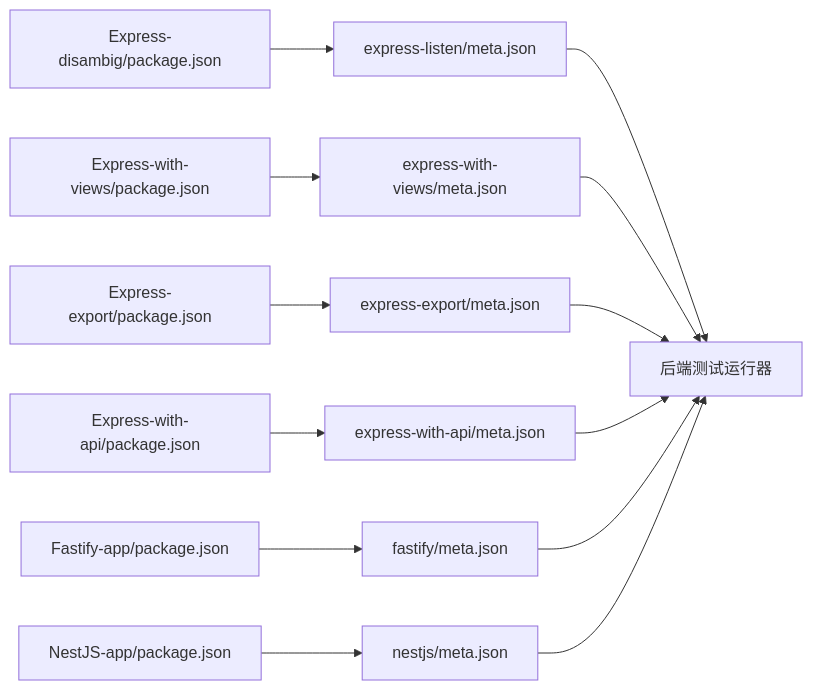
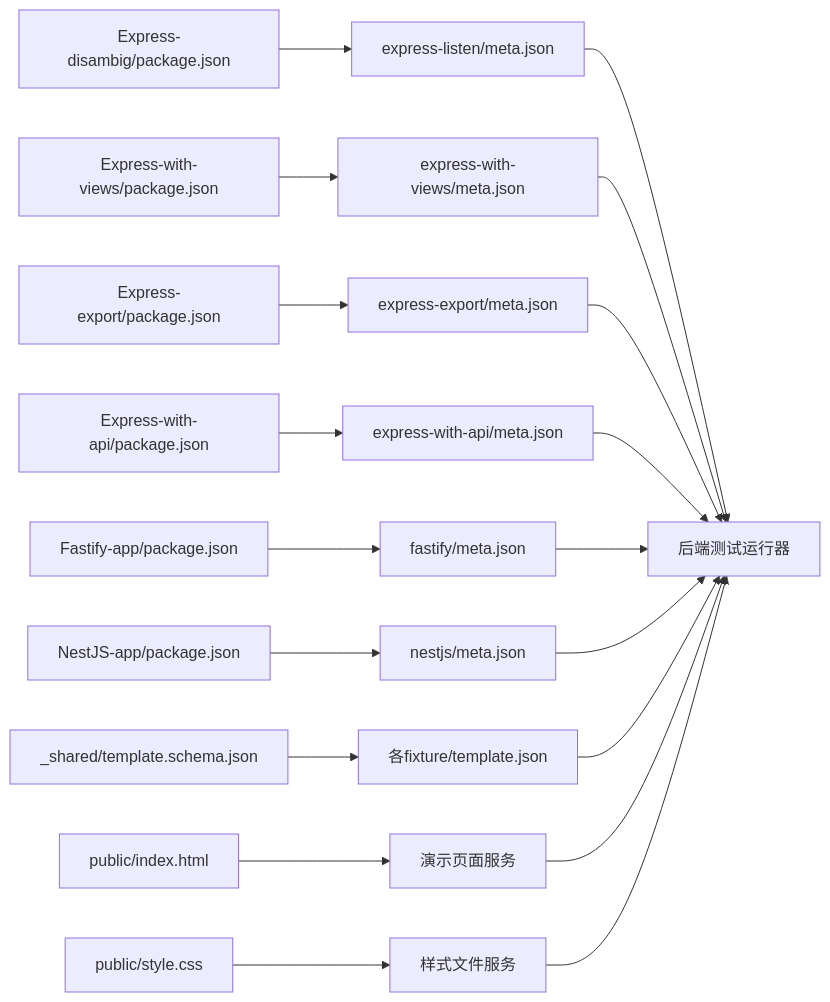
One commit to esa-sp/test-for-aone-ci changed the ninth of 9 diagrams in .qoder/repowiki/zh/content/后端框架测试/后端框架测试.md. Above: the diagram before and after it, drawn with Mermaid. The commit also changed other lines of this file and 58 other files, not shown here.

````diff
--- a/.qoder/repowiki/zh/content/后端框架测试/后端框架测试.md
+++ b/.qoder/repowiki/zh/content/后端框架测试/后端框架测试.md
@@ -260,15 +378,21 @@
 ```mermaid
 graph LR
 P1["Express-disambig/package.json"] --> F1["express-listen/meta.json"]
 P2["Express-with-views/package.json"] --> F2["express-with-views/meta.json"]
 P3["Express-export/package.json"] --> F3["express-export/meta.json"]
 P4["Express-with-api/package.json"] --> F4["express-with-api/meta.json"]
 P5["Fastify-app/package.json"] --> F5["fastify/meta.json"]
 P6["NestJS-app/package.json"] --> F6["nestjs/meta.json"]
+T1["_shared/template.schema.json"] --> T2["各fixture/template.json"]
+S1["public/index.html"] --> S2["演示页面服务"]
+S3["public/style.css"] --> S4["样式文件服务"]
 F1 --> R["后端测试运行器"]
 F2 --> R
 F3 --> R
 F4 --> R
 F5 --> R
 F6 --> R
+T2 --> R
+S2 --> R
+S4 --> R
 ```
````
